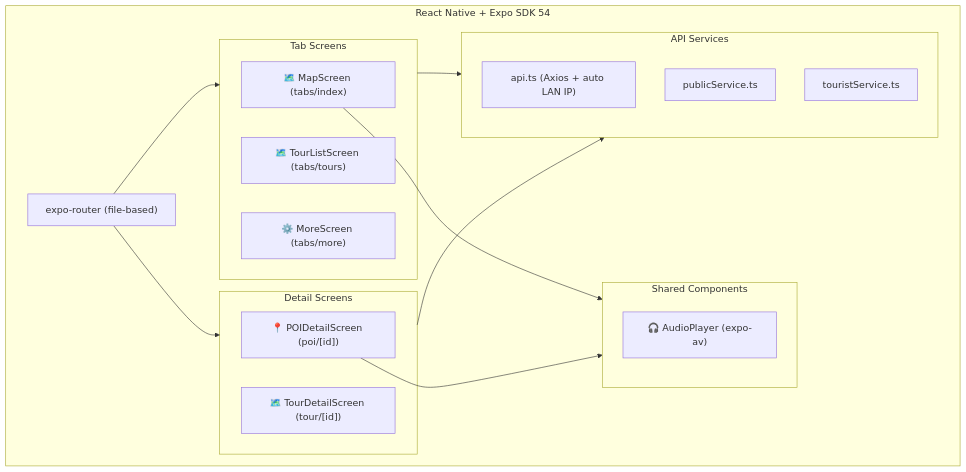
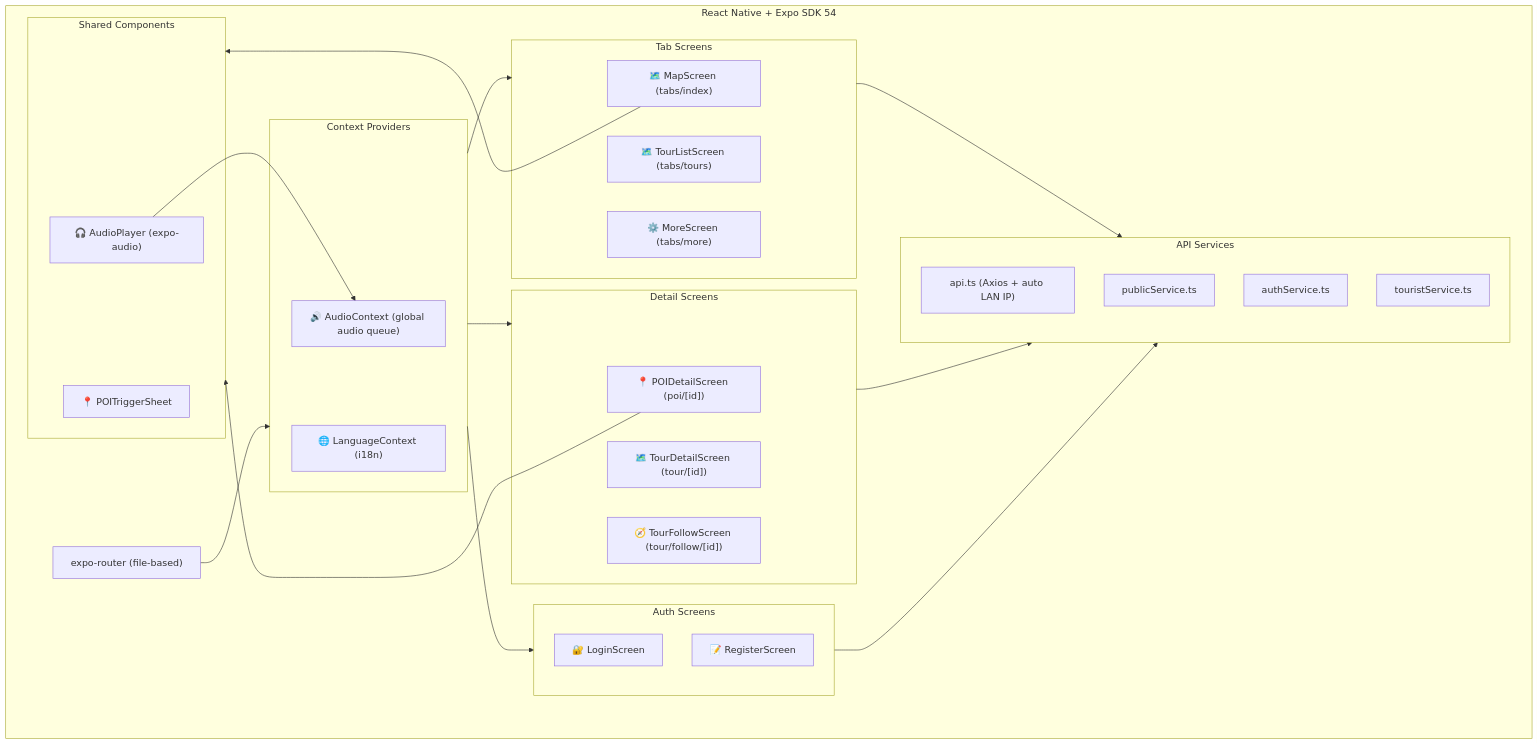
The third of 7 diagrams in docs/step3_prd/17_component_diagram.md (Ttuandatt/Seminar), drawn with Mermaid before and after one commit. The commit also changed other lines of this file and 7 other files, not shown here.

First line of the commit message:
docs(prd): sync 8 PRDs with TTS, audio queue, admin map, i18n implementations

````diff
--- a/docs/step3_prd/17_component_diagram.md
+++ b/docs/step3_prd/17_component_diagram.md
@@ -151,34 +164,51 @@
 ```mermaid
 graph TB
     subgraph MobileApp["React Native + Expo SDK 54"]
         Navigation["expo-router (file-based)"]
-        
+
+        subgraph Contexts["Context Providers"]
+            AudioContext["🔊 AudioContext (global audio queue)"]
+            LanguageContext["🌐 LanguageContext (i18n)"]
+        end
+
         subgraph Tabs["Tab Screens"]
             MapScreen["🗺️ MapScreen (tabs/index)"]
-            TourList["🗺️ TourListScreen (tabs/tours)"]
+            TourListScreen["🗺️ TourListScreen (tabs/tours)"]
             MoreScreen["⚙️ MoreScreen (tabs/more)"]
         end
 
         subgraph DetailScreens["Detail Screens"]
             POIDetail["📍 POIDetailScreen (poi/[id])"]
             TourDetail["🗺️ TourDetailScreen (tour/[id])"]
+            TourFollow["🧭 TourFollowScreen (tour/follow/[id])"]
+        end
+
+        subgraph AuthScreens["Auth Screens"]
+            LoginScreen["🔐 LoginScreen"]
+            RegisterScreen["📝 RegisterScreen"]
         end
 
         subgraph Components["Shared Components"]
-            AudioPlayer["🎧 AudioPlayer (expo-av)"]
+            AudioPlayer["🎧 AudioPlayer (expo-audio)"]
+            POITriggerSheet["📍 POITriggerSheet"]
         end
 
         subgraph ApiLayer["API Services"]
             ApiService["api.ts (Axios + auto LAN IP)"]
             PublicAPI["publicService.ts"]
+            AuthAPI2["authService.ts"]
             TouristAPI["touristService.ts"]
         end
     end
 
-    Navigation --> Tabs
-    Navigation --> DetailScreens
+    Navigation --> Contexts
+    Contexts --> Tabs
+    Contexts --> DetailScreens
+    Contexts --> AuthScreens
     MapScreen --> Components
     POIDetail --> Components
+    AudioPlayer --> AudioContext
     Tabs --> ApiLayer
     DetailScreens --> ApiLayer
+    AuthScreens --> ApiLayer
 ```
````
